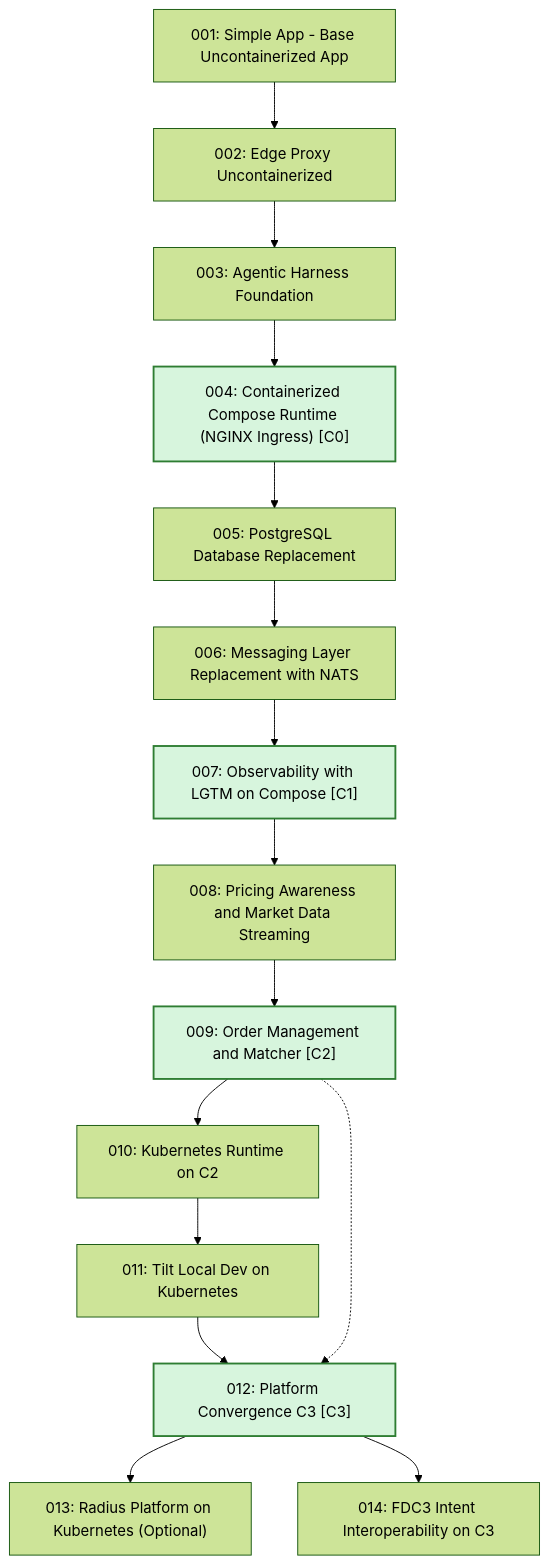
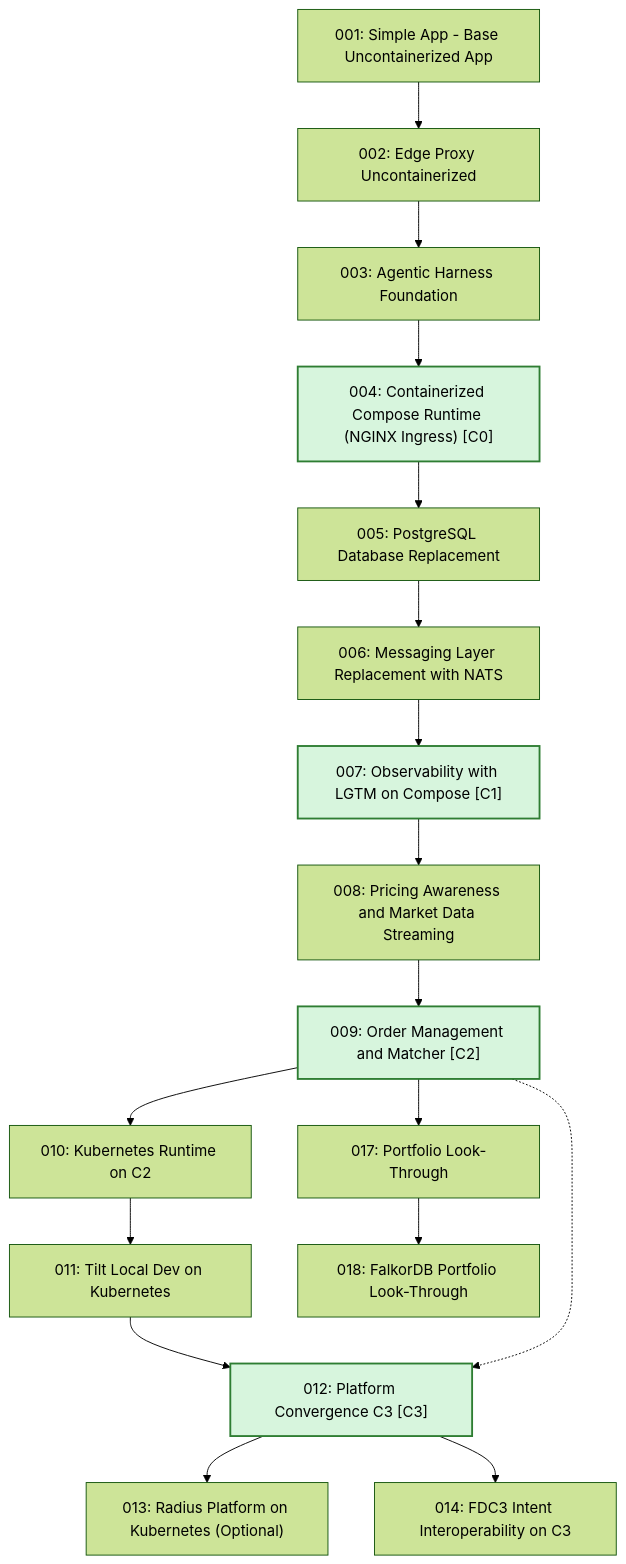
One commit to finos/traderX changed the second of 3 diagrams in docs/learning-paths/index.md. Above: the diagram before and after it, drawn with Mermaid (forest theme). The commit also changed other lines of this file and 93 other files, not shown here.

Commit message:
Add portfolio look-through experiment states 017 and 018

````diff
--- a/docs/learning-paths/index.md
+++ b/docs/learning-paths/index.md
@@ -40,50 +40,56 @@
 ```mermaid
 flowchart TB
   S001_baseline_uncontainerized_parity["001: Simple App - Base Uncontainerized App"]
   S002_edge_proxy_uncontainerized["002: Edge Proxy Uncontainerized"]
   S003_agentic_harness_foundation["003: Agentic Harness Foundation"]
   S004_containerized_compose_runtime["004: Containerized Compose Runtime (NGINX Ingress) [C0]"]
   S005_postgres_database_replacement["005: PostgreSQL Database Replacement"]
   S006_messaging_nats_replacement["006: Messaging Layer Replacement with NATS"]
   S007_observability_lgtm_compose["007: Observability with LGTM on Compose [C1]"]
   S008_pricing_awareness_market_data["008: Pricing Awareness and Market Data Streaming"]
   S009_order_management_matcher["009: Order Management and Matcher [C2]"]
   S010_kubernetes_runtime["010: Kubernetes Runtime on C2"]
   S011_tilt_kubernetes_dev_loop["011: Tilt Local Dev on Kubernetes"]
   S012_platform_convergence_c3["012: Platform Convergence C3 [C3]"]
   S013_radius_kubernetes_platform["013: Radius Platform on Kubernetes (Optional)"]
   S014_fdc3_intent_interoperability["014: FDC3 Intent Interoperability on C3"]
+  S017_portfolio_lookthrough["017: Portfolio Look-Through"]
+  S018_falkordb_lookthrough["018: FalkorDB Portfolio Look-Through"]
   S001_baseline_uncontainerized_parity --> S002_edge_proxy_uncontainerized
   S002_edge_proxy_uncontainerized --> S003_agentic_harness_foundation
   S003_agentic_harness_foundation --> S004_containerized_compose_runtime
   S004_containerized_compose_runtime --> S005_postgres_database_replacement
   S005_postgres_database_replacement --> S006_messaging_nats_replacement
   S006_messaging_nats_replacement --> S007_observability_lgtm_compose
   S007_observability_lgtm_compose --> S008_pricing_awareness_market_data
   S008_pricing_awareness_market_data --> S009_order_management_matcher
   S009_order_management_matcher --> S010_kubernetes_runtime
   S010_kubernetes_runtime --> S011_tilt_kubernetes_dev_loop
   S011_tilt_kubernetes_dev_loop --> S012_platform_convergence_c3
   S012_platform_convergence_c3 --> S013_radius_kubernetes_platform
   S012_platform_convergence_c3 --> S014_fdc3_intent_interoperability
+  S009_order_management_matcher --> S017_portfolio_lookthrough
+  S017_portfolio_lookthrough --> S018_falkordb_lookthrough
   S009_order_management_matcher -.-> S012_platform_convergence_c3
   click S001_baseline_uncontainerized_parity href "/docs/learning/state-001-baseline-uncontainerized-parity" "Open State 001 Learning Guide"
   click S002_edge_proxy_uncontainerized href "/docs/learning/state-002-edge-proxy-uncontainerized" "Open State 002 Learning Guide"
   click S003_agentic_harness_foundation href "/docs/learning/state-003-agentic-harness-foundation" "Open State 003 Learning Guide"
   click S004_containerized_compose_runtime href "/docs/learning/state-004-containerized-compose-runtime" "Open State 004 Learning Guide"
   click S005_postgres_database_replacement href "/docs/learning/state-005-postgres-database-replacement" "Open State 005 Learning Guide"
   click S006_messaging_nats_replacement href "/docs/learning/state-006-messaging-nats-replacement" "Open State 006 Learning Guide"
   click S007_observability_lgtm_compose href "/docs/learning/state-007-observability-lgtm-compose" "Open State 007 Learning Guide"
   click S008_pricing_awareness_market_data href "/docs/learning/state-008-pricing-awareness-market-data" "Open State 008 Learning Guide"
   click S009_order_management_matcher href "/docs/learning/state-009-order-management-matcher" "Open State 009 Learning Guide"
   click S010_kubernetes_runtime href "/docs/learning/state-010-kubernetes-runtime" "Open State 010 Learning Guide"
   click S011_tilt_kubernetes_dev_loop href "/docs/learning/state-011-tilt-kubernetes-dev-loop" "Open State 011 Learning Guide"
   click S012_platform_convergence_c3 href "/docs/learning/state-012-platform-convergence-c3" "Open State 012 Learning Guide"
   click S013_radius_kubernetes_platform href "/docs/learning/state-013-radius-kubernetes-platform" "Open State 013 Learning Guide"
   click S014_fdc3_intent_interoperability href "/docs/learning/state-014-fdc3-intent-interoperability" "Open State 014 Learning Guide"
+  click S017_portfolio_lookthrough href "/docs/learning/state-017-portfolio-lookthrough" "Open State 017 Learning Guide"
+  click S018_falkordb_lookthrough href "/docs/learning/state-018-falkordb-lookthrough" "Open State 018 Learning Guide"
   classDef convergence fill:#d7f5dd,stroke:#2e7d32,stroke-width:2px
   class S004_containerized_compose_runtime convergence
   class S007_observability_lgtm_compose convergence
   class S009_order_management_matcher convergence
   class S012_platform_convergence_c3 convergence
 ```
````
